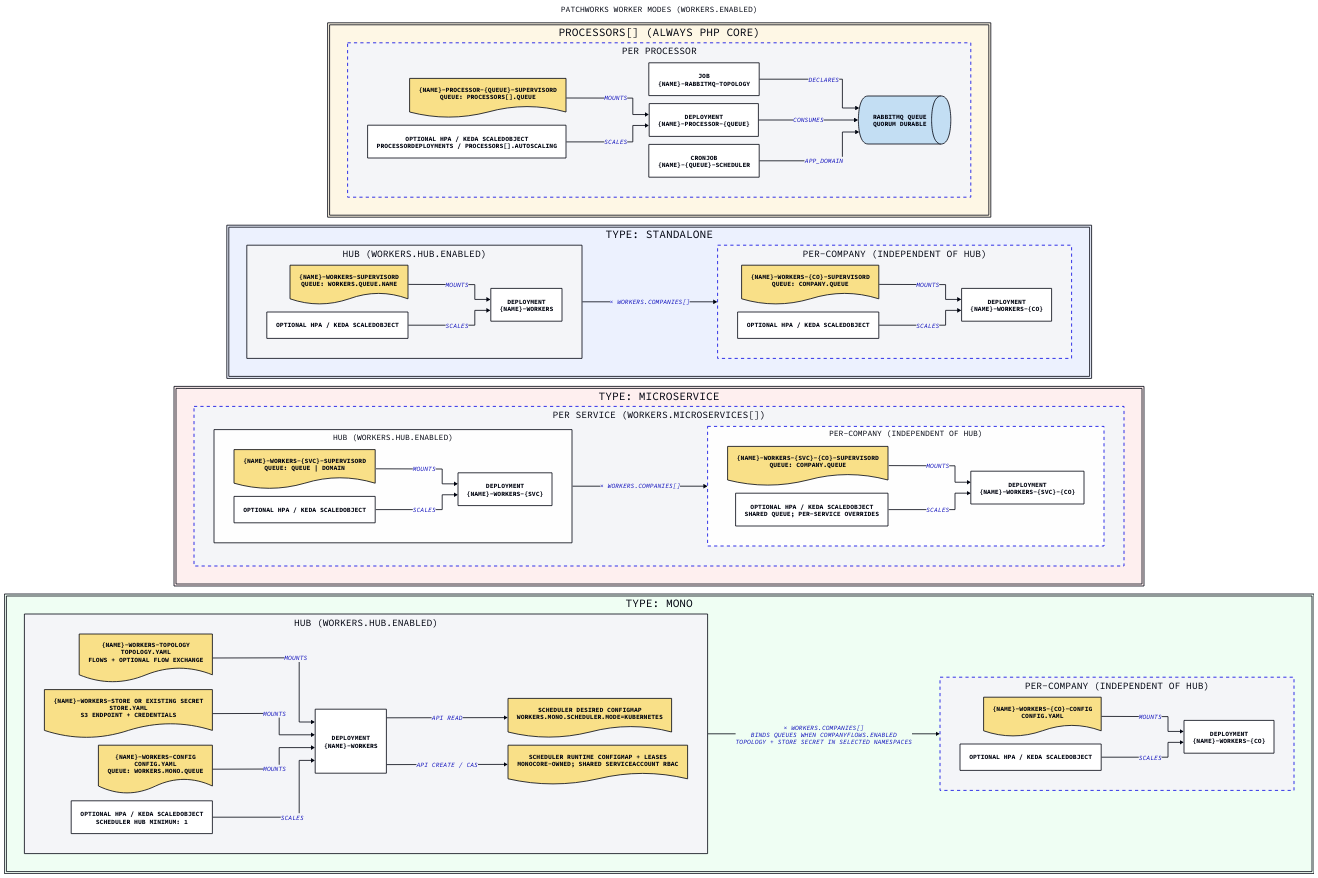
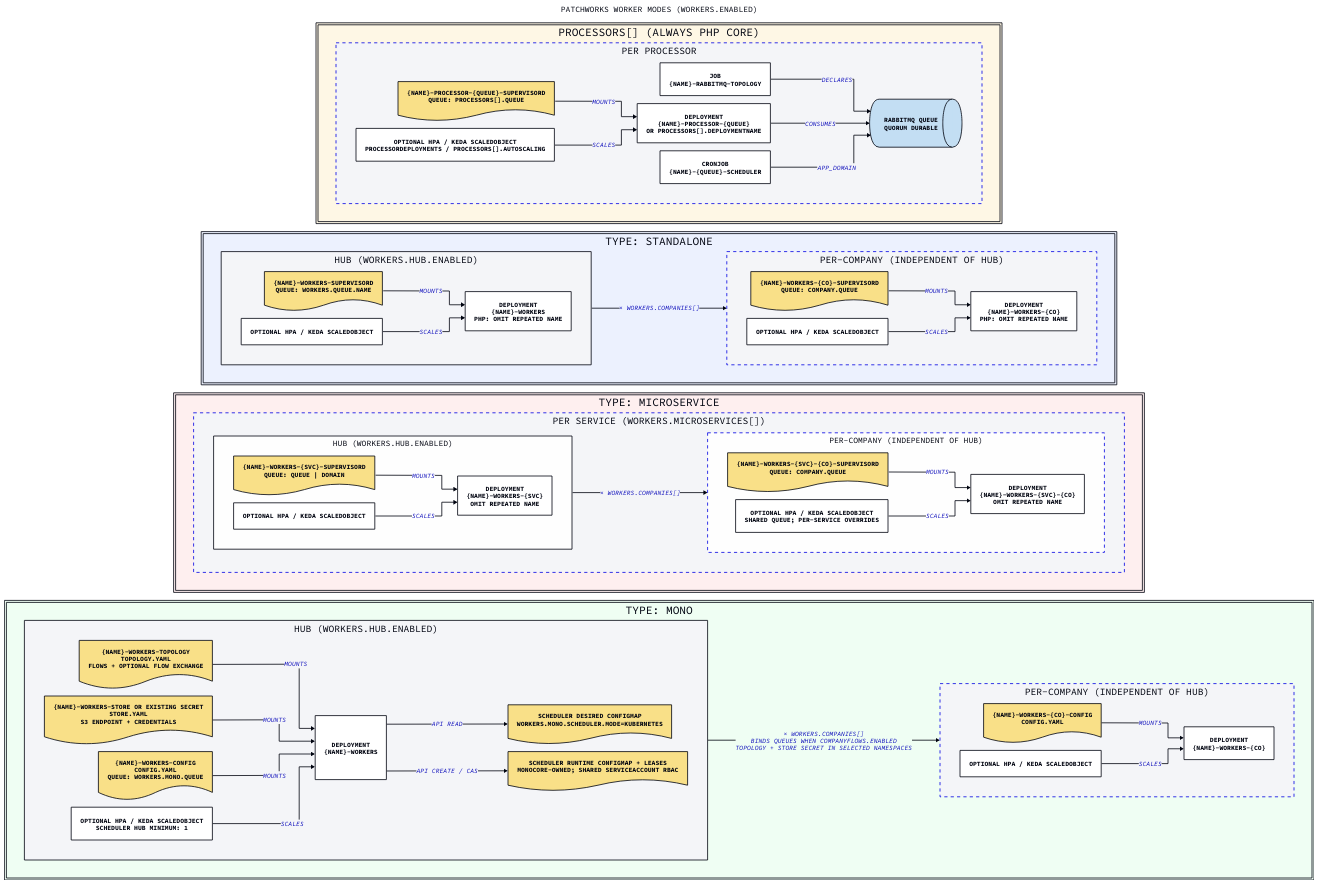
Before and after one commit to gopatchworks/selfhosted: the diagram in docs/workers-diagram.d2, drawn with D2. The commit also changed 9 other files, not shown here.

```diff
--- a/docs/workers-diagram.d2
+++ b/docs/workers-diagram.d2
@@ -1,153 +1,153 @@
 vars: {
   d2-config: {
     layout-engine: elk
     # Terminal theme code
     theme-id: 300
   }
 }
 
 direction: right
 
 title: "Patchworks Worker Modes (workers.enabled)" {
   shape: text
   near: top-center
   style.font-size: 20
 }
 
 # ── processors[] ────────────────────────────────────────────────────────────
 
 processors: "processors[] (always PHP Core)" {
   style.fill: "#FFF8E6"
   direction: down
 
   desc: "Background processor queues are independent of workers.type.\nIncludes scheduler: one CronJob; FLOW_SCHEDULER_SEGMENTS controls queued dispatch jobs.\nprocessorDeployments.enabled and scheduler.enabled independently select Deployments and CronJobs.\nrabbitmq.topology.enabled independently selects the queue assertion hook.\nDatabase connections: LANDLORD_DB_* and TENANT_DB_* / TENANT_DB_*_{id}." {
     shape: text
   }
 
   processor: "Per Processor" {
     style.stroke-dash: 4
     direction: right
     topology: "Job\n{name}-rabbitmq-topology" { shape: rectangle }
     cm: "{name}-processor-{queue}-supervisord\nqueue: processors[].queue" { shape: document }
-    dep: "Deployment\n{name}-processor-{queue}" { shape: rectangle }
+    dep: "Deployment\n{name}-processor-{queue}\nOr processors[].deploymentName" { shape: rectangle }
     cron: "CronJob\n{name}-{queue}-scheduler" { shape: rectangle }
     queue: "RabbitMQ queue\nquorum durable" { shape: queue }
     topology -> queue: declares
     cm -> dep: mounts
     dep -> queue: consumes
     scaler: "Optional HPA / KEDA ScaledObject\nprocessorDeployments / processors[].autoscaling" { shape: rectangle }
     scaler -> dep: scales
     cron -> queue: APP_DOMAIN
   }
 }
 
 # ── type: standalone ────────────────────────────────────────────────────────
 
 standalone: "type: standalone" {
   style.fill: "#EDF2FF"
   direction: down
 
   desc: "One queue worker via supervisord.\nConcurrency controlled by workers.processes (numprocs).\nDatabase connections: LANDLORD_DB_* and TENANT_DB_* / TENANT_DB_*_{id}." {
     shape: text
   }
 
   hub: "Hub (workers.hub.enabled)" {
     direction: right
     cm: "{name}-workers-supervisord\nqueue: workers.queue.name" { shape: document }
-    dep: "Deployment\n{name}-workers" { shape: rectangle }
+    dep: "Deployment\n{name}-workers\nPHP: omit repeated name" { shape: rectangle }
     cm -> dep: mounts
   }
 
   company: "Per-Company (independent of hub)" {
     style.stroke-dash: 4
     direction: right
     cm: "{name}-workers-{co}-supervisord\nqueue: company.queue" { shape: document }
-    dep: "Deployment\n{name}-workers-{co}" { shape: rectangle }
+    dep: "Deployment\n{name}-workers-{co}\nPHP: omit repeated name" { shape: rectangle }
     cm -> dep: mounts
   }
 
   hub -> company: "× workers.companies[]"
 }
 
 # ── type: microservice ───────────────────────────────────────────────────────
 
 microservice: "type: microservice" {
   style.fill: "#FFF0F0"
   direction: down
 
   desc: "One worker per service key in workers.microservices.\n_default provides fallbacks for all fields.\nDatabase connections: LANDLORD_DB_* and TENANT_DB_* / TENANT_DB_*_{id}." {
     shape: text
   }
 
   service: "Per Service (workers.microservices[])" {
     style.stroke-dash: 4
     direction: down
 
     hub: "Hub (workers.hub.enabled)" {
       direction: right
       cm: "{name}-workers-{svc}-supervisord\nqueue: queue | domain" { shape: document }
-      dep: "Deployment\n{name}-workers-{svc}" { shape: rectangle }
+      dep: "Deployment\n{name}-workers-{svc}\nOmit repeated name" { shape: rectangle }
       cm -> dep: mounts
     }
 
     company: "Per-Company (independent of hub)" {
       style.stroke-dash: 4
       direction: right
       cm: "{name}-workers-{svc}-{co}-supervisord\nqueue: company.queue" { shape: document }
-      dep: "Deployment\n{name}-workers-{svc}-{co}" { shape: rectangle }
+      dep: "Deployment\n{name}-workers-{svc}-{co}\nOmit repeated name" { shape: rectangle }
       cm -> dep: mounts
     }
 
     hub -> company: "× workers.companies[]"
   }
 }
 
 # ── type: mono ───────────────────────────────────────────────────────────────
 
 mono: "type: mono" {
   style.fill: "#F0FFF4"
   direction: down
 
   desc: "Monocore Go worker. RabbitMQ topology asserted at startup via topology.yaml.\nOptional workers.mono.serviceMonitor.enabled: one ServiceMonitor per worker namespace, metrics :8081.\nDatabase connections: DB_LANDLORD_* and DB_TENANT_* / DB_TENANT_{id}_*.\nTENANT_DB_* compatibility aliases also supplied.\nTenant registry selects the schema and server; company queue does not select a database." {
     shape: text
   }
 
   hub: "Hub (workers.hub.enabled)" {
     direction: right
     topology: "{name}-workers-topology\ntopology.yaml\nflows + optional flow exchange" { shape: document }
     store:    "{name}-workers-store or existing Secret\nstore.yaml\nS3 endpoint + credentials" { shape: document }
     config:   "{name}-workers-config\nconfig.yaml\nqueue: workers.mono.queue" { shape: document }
     dep:      "Deployment\n{name}-workers"                      { shape: rectangle }
     desired: "Scheduler desired ConfigMap\nworkers.mono.scheduler.mode=kubernetes" { shape: document }
     runtime: "Scheduler runtime ConfigMap + Leases\nMonocore-owned; shared ServiceAccount RBAC" { shape: document }
     dep -> desired: "API read"
     dep -> runtime: "API create / CAS"
     topology -> dep: mounts
     store    -> dep: mounts
     config   -> dep: mounts
   }
 
   company: "Per-Company (independent of hub)" {
     style.stroke-dash: 4
     direction: right
     config: "{name}-workers-{co}-config\nconfig.yaml"           { shape: document }
     dep:    "Deployment\n{name}-workers-{co}"                   { shape: rectangle }
     config -> dep: mounts
   }
 
   hub -> company: "× workers.companies[]\nbinds queues when companyFlows.enabled\ntopology + store Secret in selected namespaces"
 }
 
 # Optional scaler per resolved worker target; dependencies supplied by operator.
 standalone.hub.scaler: "Optional HPA / KEDA ScaledObject" { shape: rectangle }
 standalone.hub.scaler -> standalone.hub.dep: scales
 standalone.company.scaler: "Optional HPA / KEDA ScaledObject" { shape: rectangle }
 standalone.company.scaler -> standalone.company.dep: scales
 microservice.service.hub.scaler: "Optional HPA / KEDA ScaledObject" { shape: rectangle }
 microservice.service.hub.scaler -> microservice.service.hub.dep: scales
 microservice.service.company.scaler: "Optional HPA / KEDA ScaledObject\nShared queue; per-service overrides" { shape: rectangle }
 microservice.service.company.scaler -> microservice.service.company.dep: scales
 mono.hub.scaler: "Optional HPA / KEDA ScaledObject\nScheduler hub minimum: 1" { shape: rectangle }
 mono.hub.scaler -> mono.hub.dep: scales
 mono.company.scaler: "Optional HPA / KEDA ScaledObject" { shape: rectangle }
 mono.company.scaler -> mono.company.dep: scales
```
